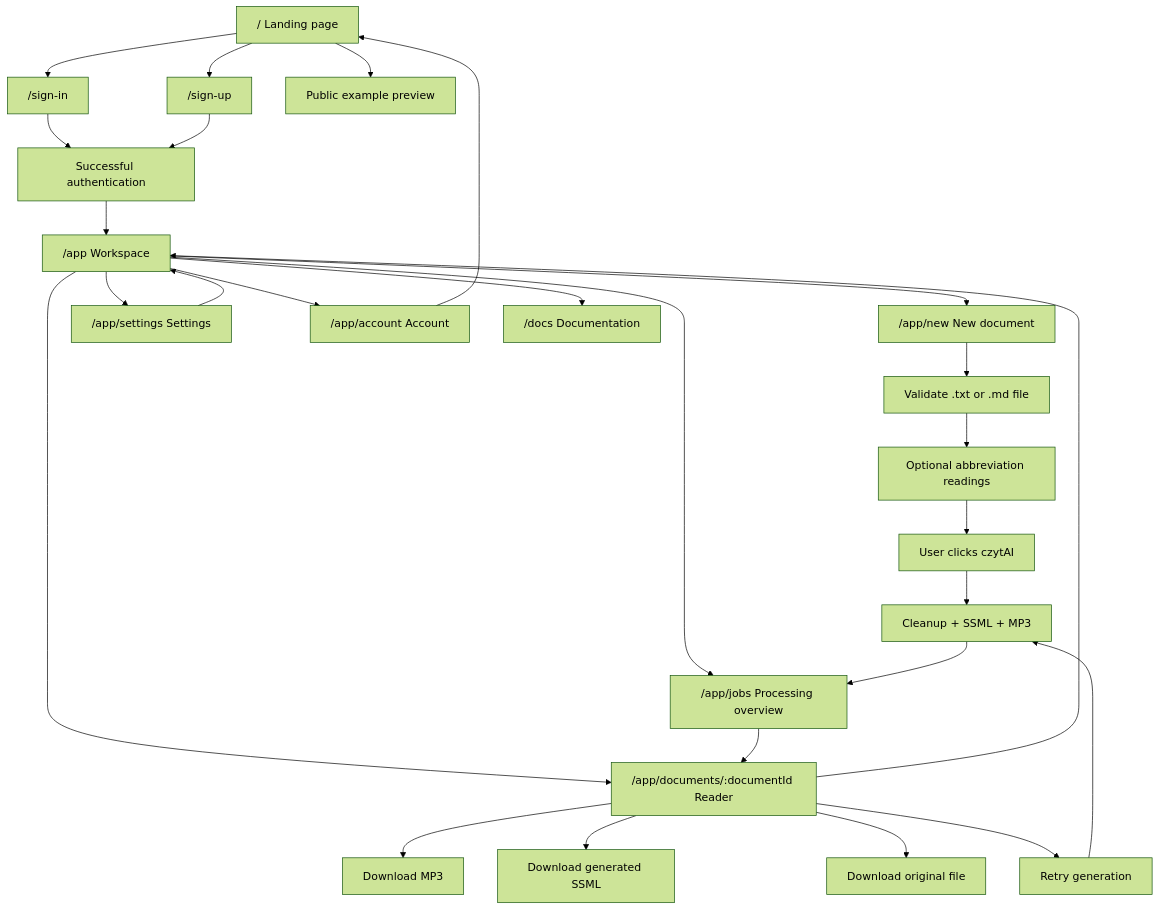
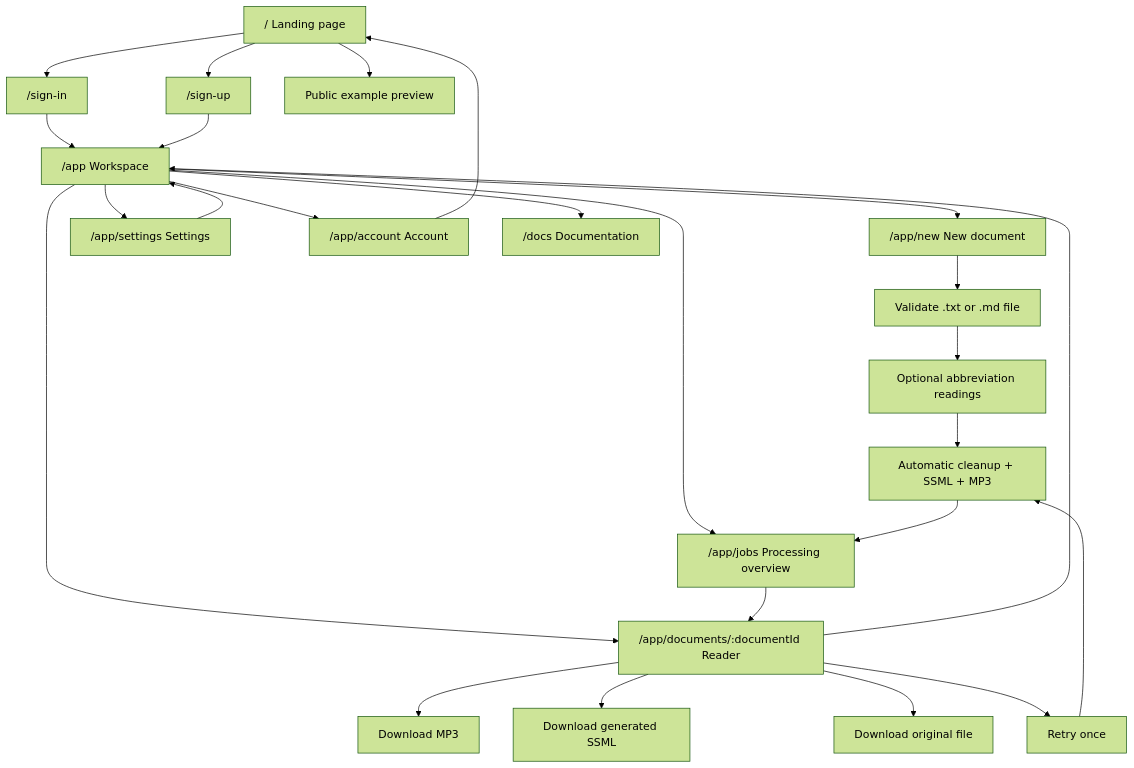
The first of 3 diagrams in docs/przeczytajmi-screen-architecture.md (szmydlo98/przeczytai.me), drawn with Mermaid (forest theme) before and after one commit. The commit also changed other lines of this file, not shown here.

Commit message:
Document PrzeczytajMi screen architecture

````diff
--- a/docs/przeczytajmi-screen-architecture.md
+++ b/docs/przeczytajmi-screen-architecture.md
@@ -36,34 +36,32 @@
 ```mermaid
 flowchart TD
     Landing["/ Landing page"] --> SignIn["/sign-in"]
     Landing --> SignUp["/sign-up"]
     Landing --> Demo["Public example preview"]
 
-    SignIn --> AuthSuccess["Successful authentication"]
-    SignUp --> AuthSuccess
-    AuthSuccess --> Workspace["/app Workspace"]
+    SignIn --> Workspace["/app Workspace"]
+    SignUp --> Workspace
 
     Workspace --> NewDoc["/app/new New document"]
     Workspace --> Reader["/app/documents/:documentId Reader"]
     Workspace --> Jobs["/app/jobs Processing overview"]
     Workspace --> Settings["/app/settings Settings"]
     Workspace --> Account["/app/account Account"]
     Workspace --> Docs["/docs Documentation"]
 
     NewDoc --> UploadValidate["Validate .txt or .md file"]
     UploadValidate --> Abbreviations["Optional abbreviation readings"]
-    Abbreviations --> Start["User clicks czytAI"]
-    Start --> AutoProcess["Cleanup + SSML + MP3"]
+    Abbreviations --> AutoProcess["Automatic cleanup + SSML + MP3"]
     AutoProcess --> Jobs
     Jobs --> Reader
 
     Reader --> DownloadMP3["Download MP3"]
     Reader --> DownloadSSML["Download generated SSML"]
     Reader --> DownloadOriginal["Download original file"]
-    Reader --> Retry["Retry generation"]
+    Reader --> Retry["Retry once"]
     Retry --> AutoProcess
     Reader --> Workspace
 
     Settings --> Workspace
     Account --> Landing
 ```
````
